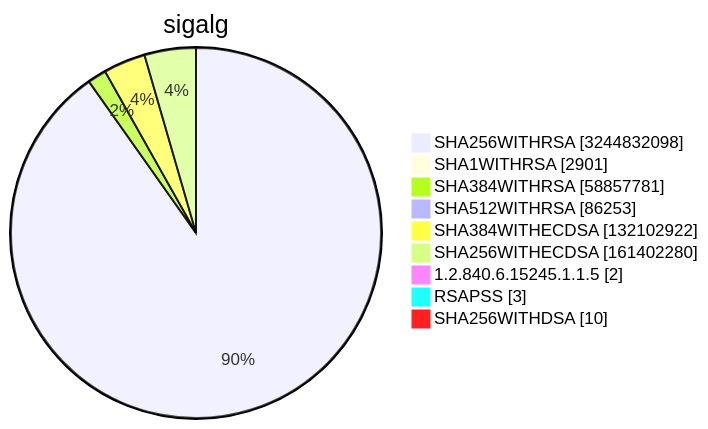
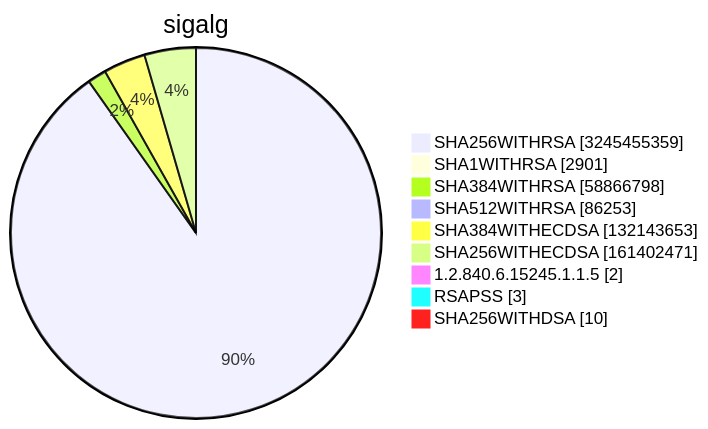
Before and after one commit to christiankrug/ctmonitor_visualization: diagram 15 of 15 in TOTAL/README.md, drawn with Mermaid. The commit also changed other lines of this file, not shown here.

````diff
--- a/TOTAL/README.md
+++ b/TOTAL/README.md
@@ -6218,13 +6218,13 @@
 ```mermaid
 pie showData
 title sigalg
-"SHA256WITHRSA" :3244832098
+"SHA256WITHRSA" :3245455359
 "SHA1WITHRSA" :2901
-"SHA384WITHRSA" :58857781
+"SHA384WITHRSA" :58866798
 "SHA512WITHRSA" :86253
-"SHA384WITHECDSA" :132102922
-"SHA256WITHECDSA" :161402280
+"SHA384WITHECDSA" :132143653
+"SHA256WITHECDSA" :161402471
 "1.2.840.6.15245.1.1.5" :2
 "RSAPSS" :3
 "SHA256WITHDSA" :10
 ```
````
